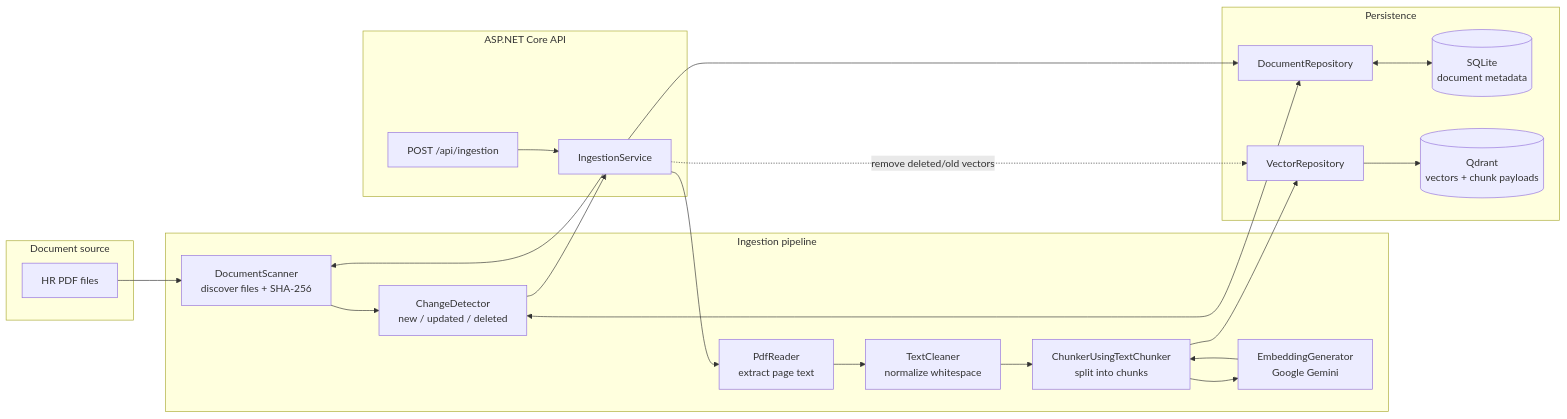
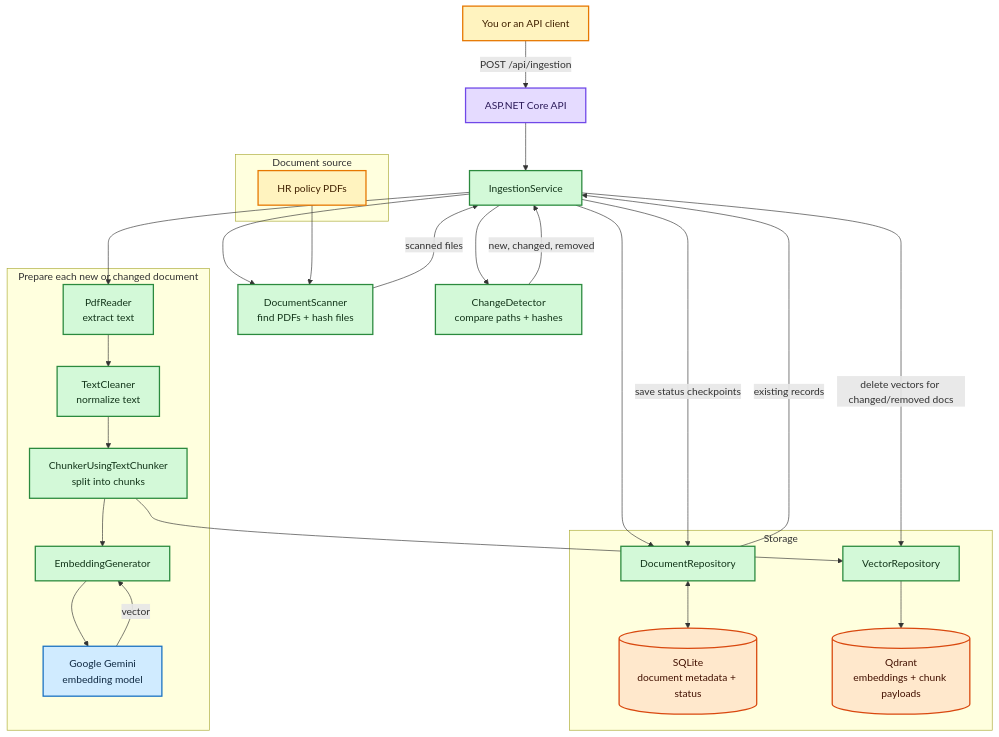
One commit to ShivamAgrawal02/HRRagSystem changed the first of 2 diagrams in README.md. Above: the diagram before and after it, drawn with Mermaid. The commit also changed other lines of this file, not shown here.

````diff
--- a/README.md
+++ b/README.md
@@ -31,41 +34,51 @@
 ```mermaid
-flowchart LR
-	subgraph Input[Document source]
-		PDFs[HR PDF files]
+flowchart TB
+	User[You or an API client] -->|POST /api/ingestion| API[ASP.NET Core API]
+	API --> Ingest[IngestionService]
+
+	subgraph Source[Document source]
+		PDFs[HR policy PDFs]
 	end
 
-	subgraph API[ASP.NET Core API]
-		Endpoint[POST /api/ingestion]
-		Ingest[IngestionService]
+	subgraph Prep[Prepare each new or changed document]
+		Reader[PdfReader<br/>extract text]
+		Cleaner[TextCleaner<br/>normalize text]
+		Chunker[ChunkerUsingTextChunker<br/>split into chunks]
+		Embedder[EmbeddingGenerator]
+		Gemini[Google Gemini<br/>embedding model]
+		Reader --> Cleaner --> Chunker --> Embedder --> Gemini
+		Gemini -->|vector| Embedder
 	end
 
-	subgraph Pipeline[Ingestion pipeline]
-		Scan[DocumentScanner<br/>discover files + SHA-256]
-		Detect[ChangeDetector<br/>new / updated / deleted]
-		Read[PdfReader<br/>extract page text]
-		Clean[TextCleaner<br/>normalize whitespace]
-		Chunk[ChunkerUsingTextChunker<br/>split into chunks]
-		Embed[EmbeddingGenerator<br/>Google Gemini]
+	subgraph Stores[Storage]
+		Docs[DocumentRepository]
+		SQLite[(SQLite<br/>document metadata + status)]
+		Vectors[VectorRepository]
+		Qdrant[(Qdrant<br/>embeddings + chunk payloads)]
 	end
 
-	subgraph Storage[Persistence]
-		Repo[DocumentRepository]
-		SQLite[(SQLite<br/>document metadata)]
-		VectorRepo[VectorRepository]
-		Qdrant[(Qdrant<br/>vectors + chunk payloads)]
-	end
+	Ingest --> Scanner[DocumentScanner<br/>find PDFs + hash files]
+	PDFs --> Scanner
+	Scanner -->|scanned files| Ingest
+	Ingest --> Docs
+	Docs <--> SQLite
+	Docs -->|existing records| Ingest
+	Ingest --> Detector[ChangeDetector<br/>compare paths + hashes]
+	Detector -->|new, changed, removed| Ingest
+	Ingest --> Reader
+	Ingest -->|save status checkpoints| Docs
+	Chunker --> Vectors
+	Vectors --> Qdrant
+	Ingest -->|delete vectors for changed/removed docs| Vectors
 
-	PDFs --> Scan
-	Endpoint --> Ingest
-	Ingest --> Scan
-	Scan --> Detect
-	Repo <--> SQLite
-	Detect <--> Repo
-	Detect --> Ingest
-	Ingest --> Read --> Clean --> Chunk
-	Chunk --> Embed
-	Embed --> Chunk
-	Chunk --> VectorRepo --> Qdrant
-	Ingest --> Repo
-	Ingest -. remove deleted/old vectors .-> VectorRepo
+	classDef actor fill:#fff3bf,stroke:#e67700,color:#402100,stroke-width:2px;
+	classDef api fill:#e5dbff,stroke:#7048e8,color:#2b1a59,stroke-width:2px;
+	classDef service fill:#d3f9d8,stroke:#2b8a3e,color:#13351a,stroke-width:2px;
+	classDef ai fill:#d0ebff,stroke:#1971c2,color:#102a43,stroke-width:2px;
+	classDef storage fill:#ffe8cc,stroke:#d9480f,color:#421000,stroke-width:2px;
+	class User,PDFs actor;
+	class API api;
+	class Ingest,Scanner,Detector,Reader,Cleaner,Chunker,Embedder,Docs,Vectors service;
+	class Gemini ai;
+	class SQLite,Qdrant storage;
 ```
````
